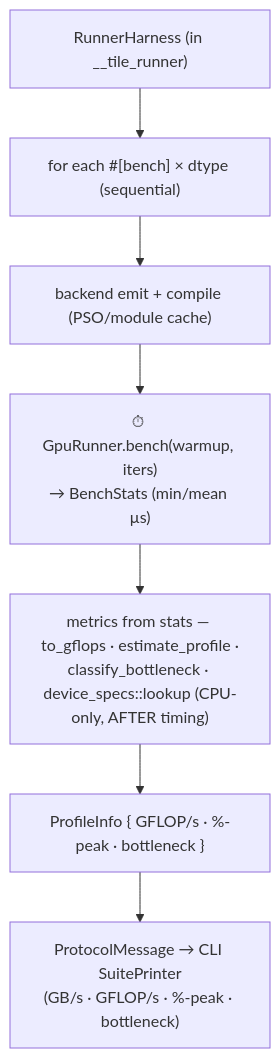
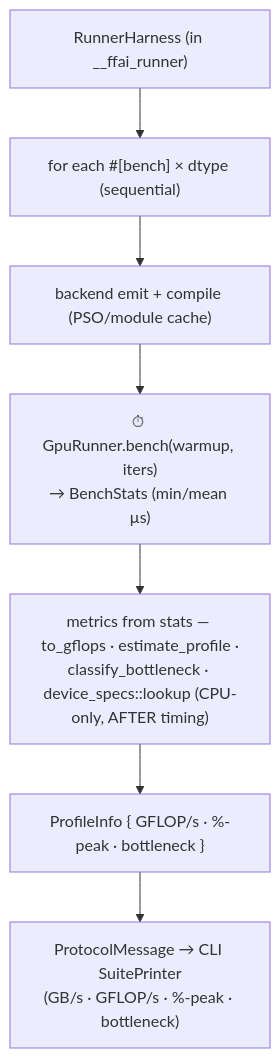
The fifth of 6 diagrams in docs/specs/ARCHITECTURE.md (giveen/iron), drawn with Mermaid before and after one commit. The commit also changed other lines of this file and 518 other files, not shown here.

First line of the commit message:
refactor: rebrand MetalTile → FFAI Kernels (docs, copyright, code identifiers) (#40)

````diff
--- a/docs/specs/ARCHITECTURE.md
+++ b/docs/specs/ARCHITECTURE.md
@@ -188,9 +188,9 @@
 ```mermaid
 flowchart TD
-    RH["RunnerHarness (in __tile_runner)"] --> loop["for each #[bench] × dtype (sequential)"]
+    RH["RunnerHarness (in __ffai_runner)"] --> loop["for each #[bench] × dtype (sequential)"]
     loop --> emit["backend emit + compile (PSO/module cache)"]
     emit --> timed["⏱ GpuRunner.bench(warmup, iters)<br/>→ BenchStats (min/mean µs)"]
     timed --> dm["metrics from stats — to_gflops · estimate_profile ·<br/>classify_bottleneck · device_specs::lookup (CPU-only, AFTER timing)"]
     dm --> res["ProfileInfo { GFLOP/s · %-peak · bottleneck }"]
     res --> proto["ProtocolMessage → CLI SuitePrinter<br/>(GB/s · GFLOP/s · %-peak · bottleneck)"]
 ```
````
